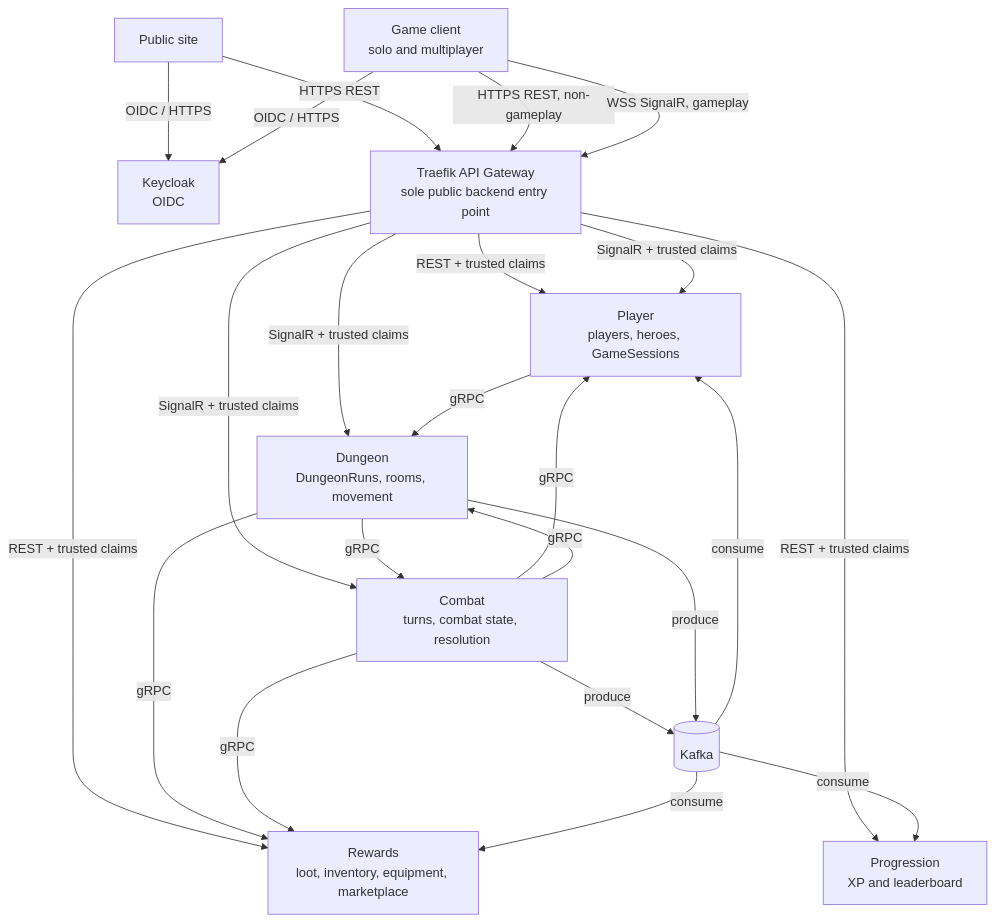
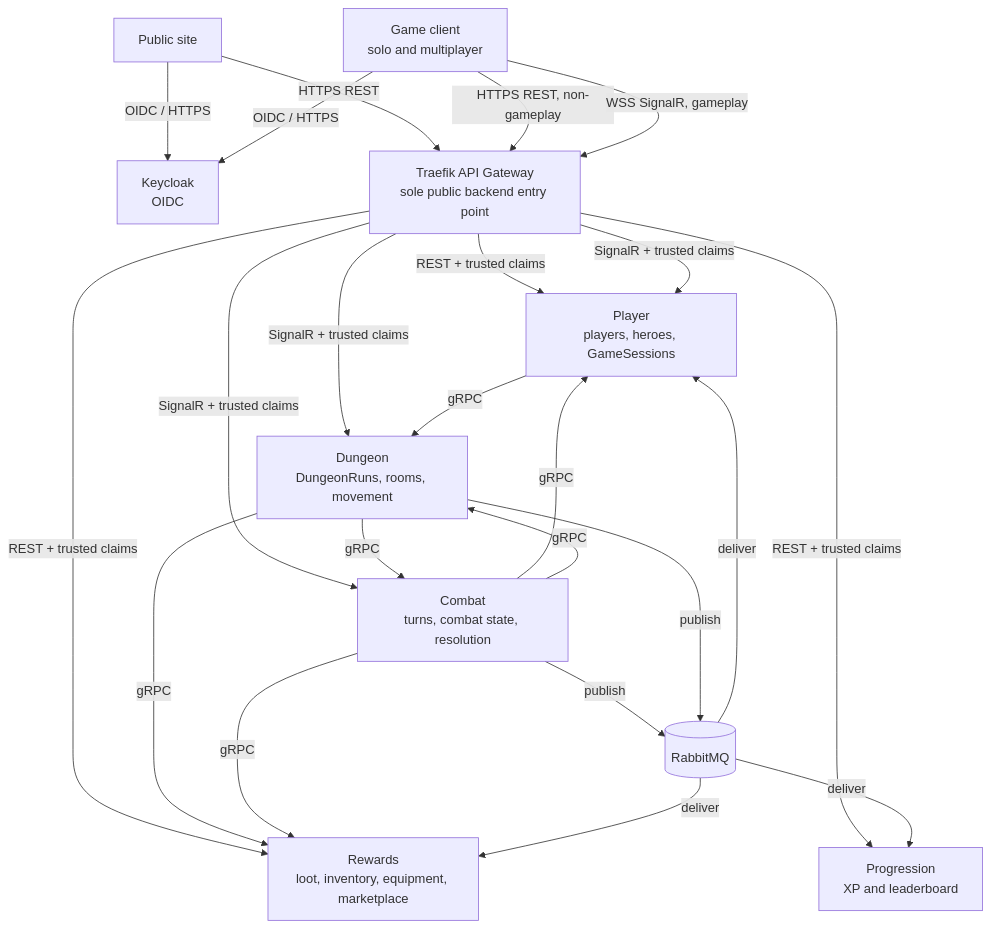
The first of 6 diagrams in docs/architecture/MICROSERVICE_COMMUNICATION_ARCHITECTURE.en.md (ProjectLanternDI3P1P2/combat-backend), drawn with Mermaid before and after one commit. The commit also changed other lines of this file and 13 other files, not shown here.

````diff
--- a/docs/architecture/MICROSERVICE_COMMUNICATION_ARCHITECTURE.en.md
+++ b/docs/architecture/MICROSERVICE_COMMUNICATION_ARCHITECTURE.en.md
@@ -20,36 +20,36 @@
 ```mermaid
 flowchart TB
   Site[Public site]
   Client[Game client\nsolo and multiplayer]
   Keycloak[Keycloak\nOIDC]
   Gateway[Traefik API Gateway\nsole public backend entry point]
   Player[Player\nplayers, heroes, GameSessions]
   Dungeon[Dungeon\nDungeonRuns, rooms, movement]
   Combat[Combat\nturns, combat state, resolution]
   Rewards[Rewards\nloot, inventory, equipment, marketplace]
   Progression[Progression\nXP and leaderboard]
-  Kafka[(Kafka)]
+  RabbitMQ[(RabbitMQ)]
 
   Site -->|OIDC / HTTPS| Keycloak
   Client -->|OIDC / HTTPS| Keycloak
   Site -->|HTTPS REST| Gateway
   Client -->|HTTPS REST, non-gameplay| Gateway
   Client -->|WSS SignalR, gameplay| Gateway
   Gateway -->|REST + trusted claims| Player
   Gateway -->|REST + trusted claims| Rewards
   Gateway -->|REST + trusted claims| Progression
   Gateway -->|SignalR + trusted claims| Player
   Gateway -->|SignalR + trusted claims| Dungeon
   Gateway -->|SignalR + trusted claims| Combat
   Player -->|gRPC| Dungeon
   Dungeon -->|gRPC| Combat
   Dungeon -->|gRPC| Rewards
   Combat -->|gRPC| Player
   Combat -->|gRPC| Rewards
   Combat -->|gRPC| Dungeon
-  Combat -->|produce| Kafka
-  Dungeon -->|produce| Kafka
-  Kafka -->|consume| Rewards
-  Kafka -->|consume| Progression
-  Kafka -->|consume| Player
+  Combat -->|publish| RabbitMQ
+  Dungeon -->|publish| RabbitMQ
+  RabbitMQ -->|deliver| Rewards
+  RabbitMQ -->|deliver| Progression
+  RabbitMQ -->|deliver| Player
 ```
````
